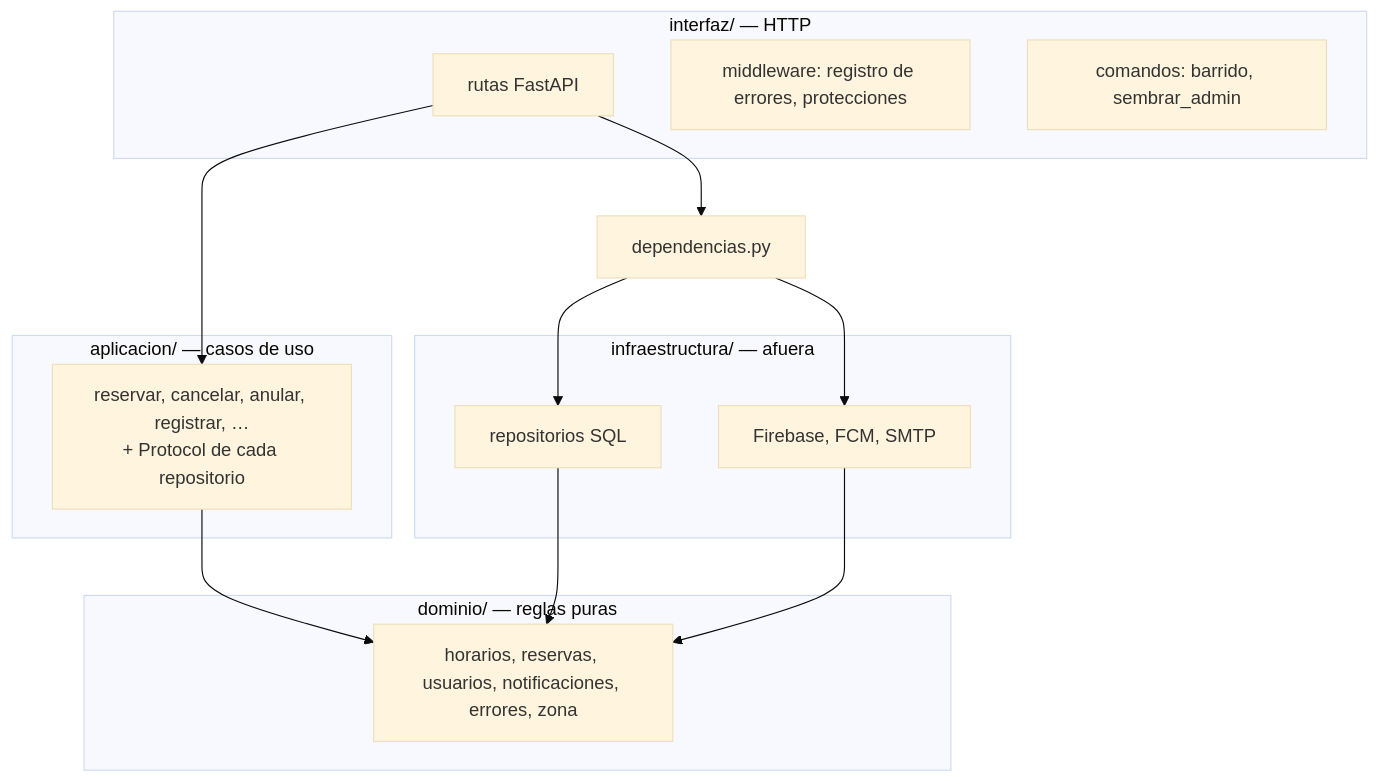
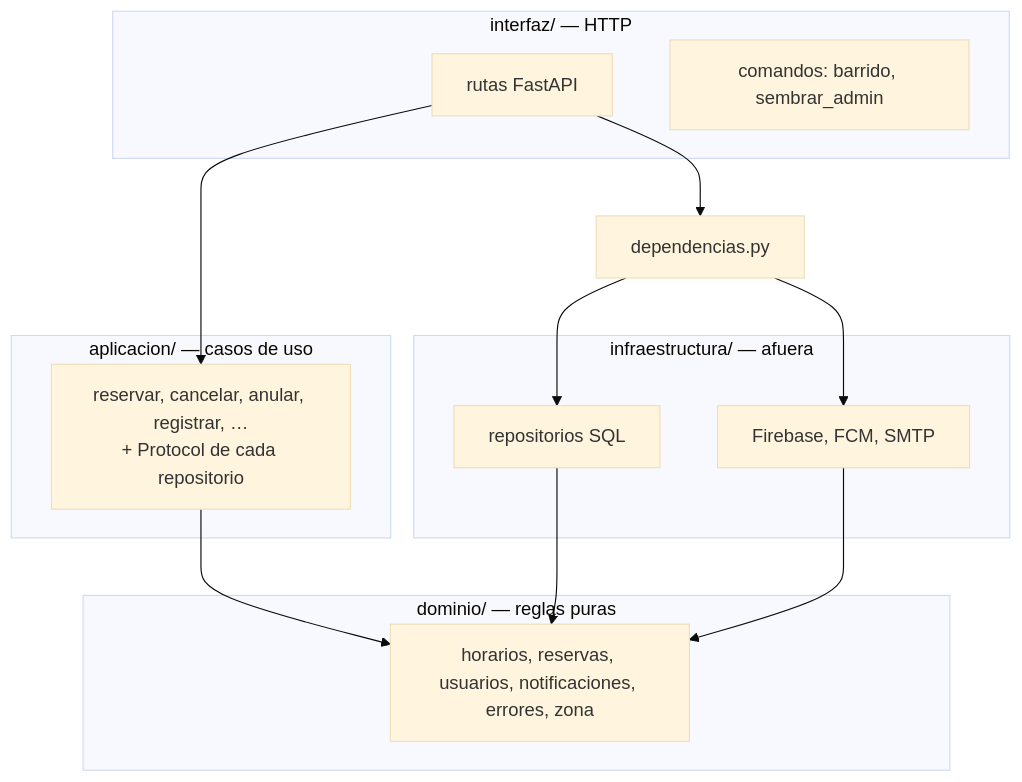
Before and after one commit to NahuelMosse/ClubNahuelMosse: the second of 7 diagrams in docs/technical/arquitectura.md, drawn with Mermaid (base theme). The commit also changed other lines of this file and 2 other files, not shown here.

````diff
--- a/docs/technical/arquitectura.md
+++ b/docs/technical/arquitectura.md
@@ -55,26 +55,25 @@
 ```mermaid
 flowchart TB
   subgraph interfaz["interfaz/ — HTTP"]
     rutas["rutas FastAPI"]
-    mw["middleware: registro de errores, protecciones"]
     cmd["comandos: barrido, sembrar_admin"]
   end
   dep["dependencias.py"]
   subgraph aplicacion["aplicacion/ — casos de uso"]
     cu["reservar, cancelar, anular, registrar, …<br/>+ Protocol de cada repositorio"]
   end
   subgraph dominio["dominio/ — reglas puras"]
     reglas["horarios, reservas, usuarios, notificaciones, errores, zona"]
   end
   subgraph infraestructura["infraestructura/ — afuera"]
     repos["repositorios SQL"]
     ext["Firebase, FCM, SMTP"]
   end
   rutas --> cu
   rutas --> dep
   dep --> repos
   dep --> ext
   cu --> reglas
   repos --> reglas
   ext --> reglas
 ```
````
